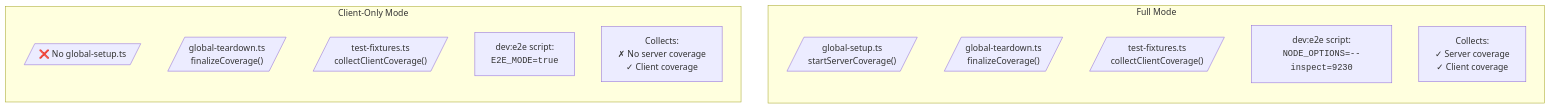
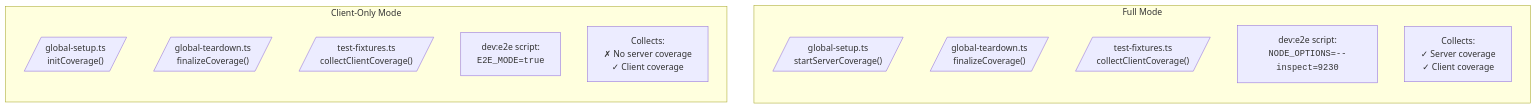
Before and after one commit to stevez/nextcov: the third of 4 diagrams in docs/init-decision-tree.md, drawn with Mermaid. The commit also changed other lines of this file and 14 other files, not shown here.

````diff
--- a/docs/init-decision-tree.md
+++ b/docs/init-decision-tree.md
@@ -117,20 +117,20 @@
 ```mermaid
 flowchart TB
     subgraph Full["Full Mode"]
         direction TB
         FA[/"global-setup.ts<br/>startServerCoverage()"/]
         FB[/"global-teardown.ts<br/>finalizeCoverage()"/]
         FC[/"test-fixtures.ts<br/>collectClientCoverage()"/]
         FD["dev:e2e script:<br/><code>NODE_OPTIONS=--inspect=9230</code>"]
         FE["Collects:<br/>✓ Server coverage<br/>✓ Client coverage"]
     end
 
     subgraph ClientOnly["Client-Only Mode"]
         direction TB
-        CA[/"❌ No global-setup.ts"/]
+        CA[/"global-setup.ts<br/>initCoverage()"/]
         CB[/"global-teardown.ts<br/>finalizeCoverage()"/]
         CC[/"test-fixtures.ts<br/>collectClientCoverage()"/]
         CD["dev:e2e script:<br/><code>E2E_MODE=true</code>"]
         CE["Collects:<br/>✗ No server coverage<br/>✓ Client coverage"]
     end
 ```
````
